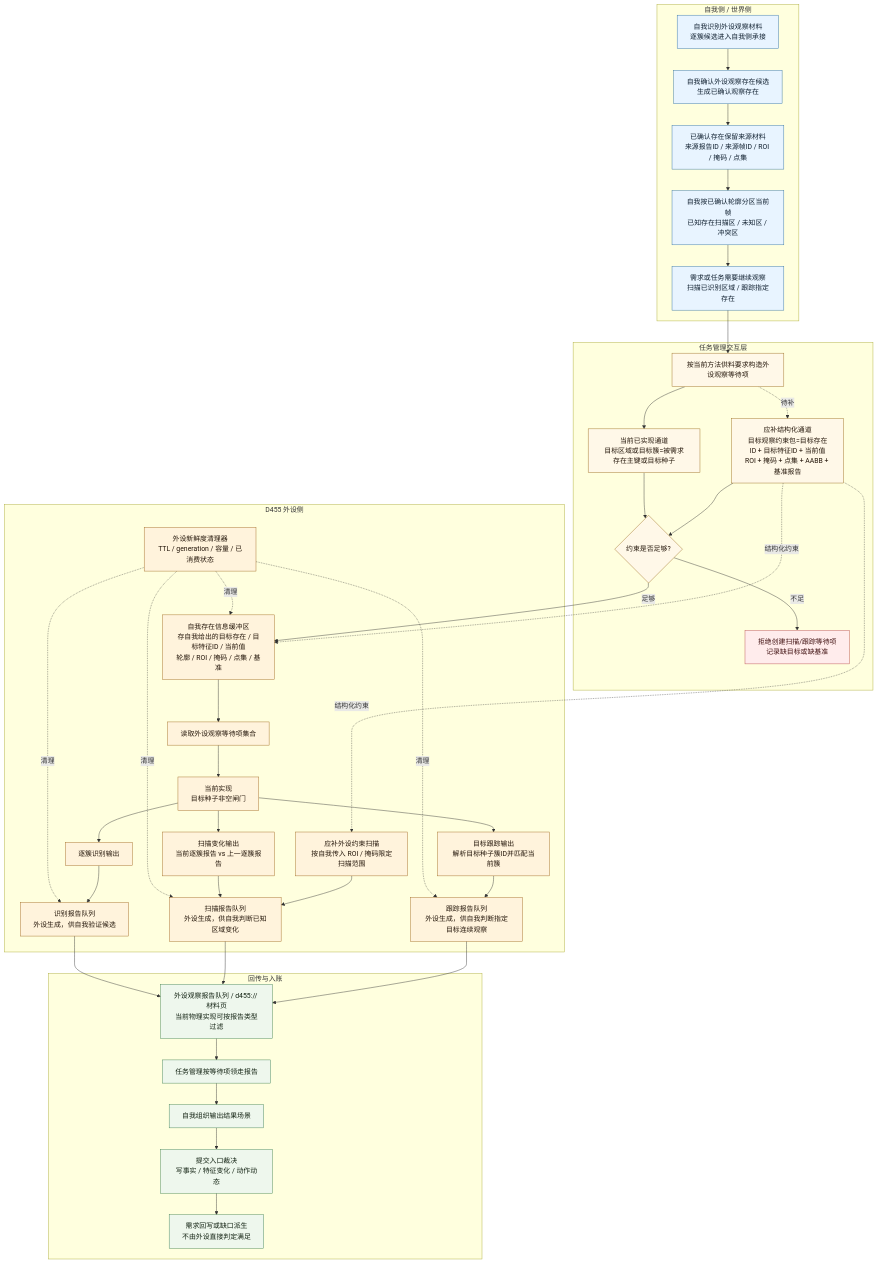
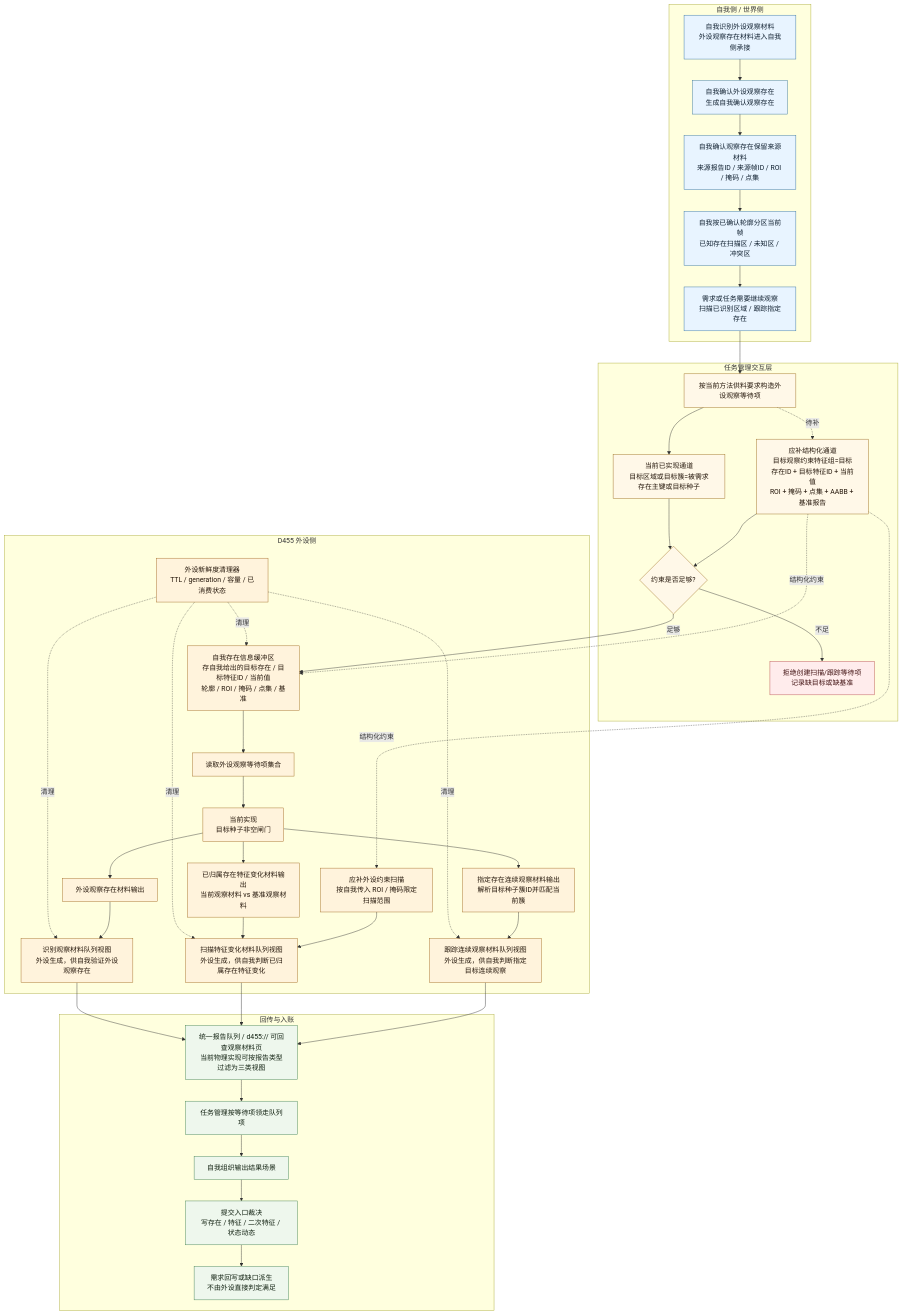
Before and after one commit to chunhaizh-cyber/Birthplace-of-digital-civilization: the first of 3 diagrams in 流程图/20260606_自我外设交互流程图_v0.1.md, drawn with Mermaid. The commit also changed other lines of this file and 7 other files, not shown here.

Commit message:
修订外设流程图正式承接口径

````diff
--- a/流程图/20260606_自我外设交互流程图_v0.1.md
+++ b/流程图/20260606_自我外设交互流程图_v0.1.md
@@ -66,73 +66,73 @@
 ```mermaid
 flowchart TB
     subgraph SELF["自我侧 / 世界侧"]
-        A["自我识别外设观察材料<br/>逐簇候选进入自我侧承接"]
-        B["自我确认外设观察存在候选<br/>生成已确认观察存在"]
-        C["已确认存在保留来源材料<br/>来源报告ID / 来源帧ID / ROI / 掩码 / 点集"]
+        A["自我识别外设观察材料<br/>外设观察存在材料进入自我侧承接"]
+        B["自我确认外设观察存在<br/>生成自我确认观察存在"]
+        C["自我确认观察存在保留来源材料<br/>来源报告ID / 来源帧ID / ROI / 掩码 / 点集"]
         D["自我按已确认轮廓分区当前帧<br/>已知存在扫描区 / 未知区 / 冲突区"]
         E["需求或任务需要继续观察<br/>扫描已识别区域 / 跟踪指定存在"]
     end
 
     subgraph TASK["任务管理交互层"]
         F["按当前方法供料要求构造外设观察等待项"]
         G["当前已实现通道<br/>目标区域或目标簇=被需求存在主键或目标种子"]
-        H["应补结构化通道<br/>目标观察约束包=目标存在ID + 目标特征ID + 当前值<br/>ROI + 掩码 + 点集 + AABB + 基准报告"]
+        H["应补结构化通道<br/>目标观察约束特征组=目标存在ID + 目标特征ID + 当前值<br/>ROI + 掩码 + 点集 + AABB + 基准报告"]
         I{"约束是否足够?"}
         J["拒绝创建扫描/跟踪等待项<br/>记录缺目标或缺基准"]
     end
 
     subgraph D455["D455 外设侧"]
         K0["自我存在信息缓冲区<br/>存自我给出的目标存在 / 目标特征ID / 当前值<br/>轮廓 / ROI / 掩码 / 点集 / 基准"]
         K1["外设新鲜度清理器<br/>TTL / generation / 容量 / 已消费状态"]
         K["读取外设观察等待项集合"]
         L["当前实现<br/>目标种子非空闸门"]
-        M["逐簇识别输出"]
-        N["扫描变化输出<br/>当前逐簇报告 vs 上一逐簇报告"]
-        O["目标跟踪输出<br/>解析目标种子簇ID并匹配当前簇"]
+        M["外设观察存在材料输出"]
+        N["已归属存在特征变化材料输出<br/>当前观察材料 vs 基准观察材料"]
+        O["指定存在连续观察材料输出<br/>解析目标种子簇ID并匹配当前簇"]
         P["应补外设约束扫描<br/>按自我传入 ROI / 掩码限定扫描范围"]
-        Q0["识别报告队列<br/>外设生成，供自我验证候选"]
-        Q1["扫描报告队列<br/>外设生成，供自我判断已知区域变化"]
-        Q2["跟踪报告队列<br/>外设生成，供自我判断指定目标连续观察"]
+        Q0["识别观察材料队列视图<br/>外设生成，供自我验证外设观察存在"]
+        Q1["扫描特征变化材料队列视图<br/>外设生成，供自我判断已归属存在特征变化"]
+        Q2["跟踪连续观察材料队列视图<br/>外设生成，供自我判断指定目标连续观察"]
     end
 
     subgraph BACK["回传与入账"]
-        R0["外设观察报告队列 / d455:// 材料页<br/>当前物理实现可按报告类型过滤"]
-        R["任务管理按等待项领走报告"]
+        R0["统一报告队列 / d455:// 可回查观察材料页<br/>当前物理实现可按报告类型过滤为三类视图"]
+        R["任务管理按等待项领走队列项"]
         S["自我组织输出结果场景"]
-        T["提交入口裁决<br/>写事实 / 特征变化 / 动作动态"]
+        T["提交入口裁决<br/>写存在 / 特征 / 二次特征 / 状态动态"]
         U["需求回写或缺口派生<br/>不由外设直接判定满足"]
     end
 
     A --> B --> C --> D --> E --> F
     F --> G --> I
     F -.待补.-> H --> I
     I -->|不足| J
     I -->|足够| K0 --> K
     K1 -.清理.-> K0
     K1 -.清理.-> Q0
     K1 -.清理.-> Q1
     K1 -.清理.-> Q2
     K --> L
     L --> M --> Q0
     L --> N --> Q1
     L --> O --> Q2
     H -.结构化约束.-> K0
     H -.结构化约束.-> P
     P --> Q1
     Q0 --> R0
     Q1 --> R0
     Q2 --> R0
     R0 --> R --> S --> T --> U
 
     classDef self fill:#e8f4ff,stroke:#2f6f9f,color:#102030;
     classDef task fill:#fff8e8,stroke:#9a6a1a,color:#24160a;
     classDef d455 fill:#fff3dc,stroke:#a0671e,color:#24160a;
     classDef back fill:#eef7ed,stroke:#3f7f4f,color:#102010;
     classDef gap fill:#ffecec,stroke:#b84a4a,color:#401111;
 
     class A,B,C,D,E self;
     class F,G,H,I task;
     class K0,K1,K,L,M,N,O,P,Q0,Q1,Q2 d455;
     class R0,R,S,T,U back;
     class J gap;
 ```
````
